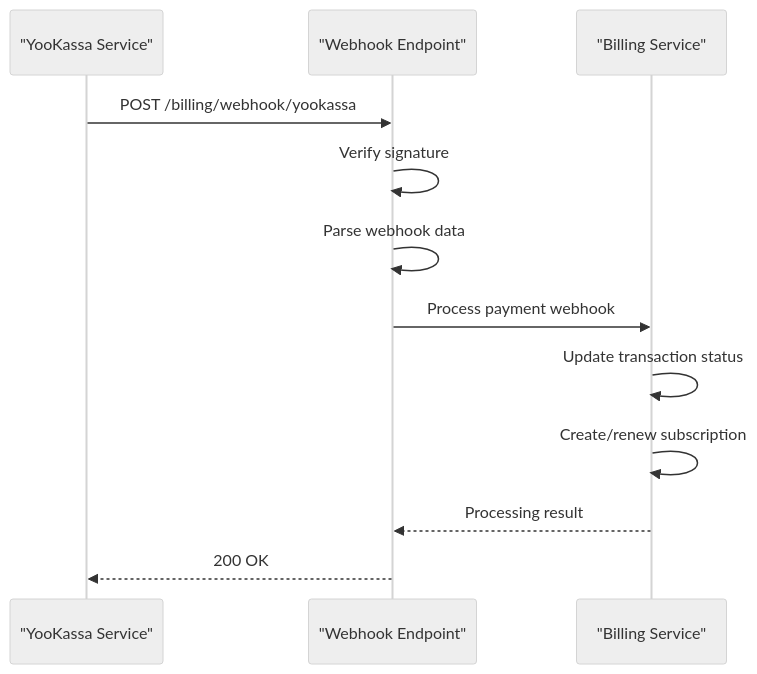
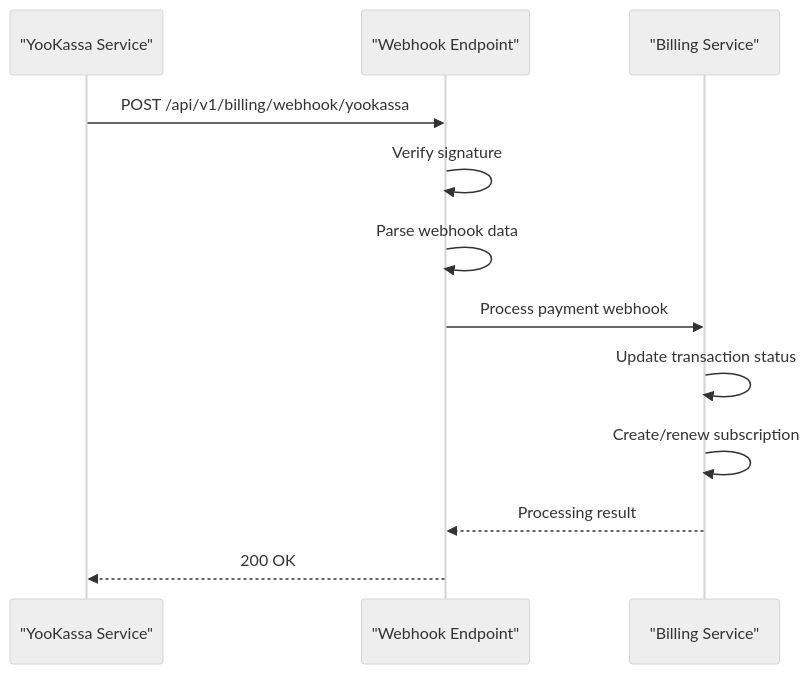
Before and after one commit to yshishenya/open-webui: the eighth of 16 diagrams in .qoder/repowiki/en/content/API Reference/Administration API/Billing Management/Billing Management.md, drawn with Mermaid (neutral theme). The commit also changed other lines of this file and 345 other files, not shown here.

````diff
--- a/.qoder/repowiki/en/content/API Reference/Administration API/Billing Management/Billing Management.md
+++ b/.qoder/repowiki/en/content/API Reference/Administration API/Billing Management/Billing Management.md
@@ -314,14 +342,14 @@
 ```mermaid
 sequenceDiagram
 participant YooKassa as "YooKassa Service"
 participant Webhook as "Webhook Endpoint"
 participant Billing as "Billing Service"
-YooKassa->>Webhook : POST /billing/webhook/yookassa
+YooKassa->>Webhook : POST /api/v1/billing/webhook/yookassa
 Webhook->>Webhook : Verify signature
 Webhook->>Webhook : Parse webhook data
 Webhook->>Billing : Process payment webhook
 Billing->>Billing : Update transaction status
 Billing->>Billing : Create/renew subscription
 Billing-->>Webhook : Processing result
 Webhook-->>YooKassa : 200 OK
 ```
````
